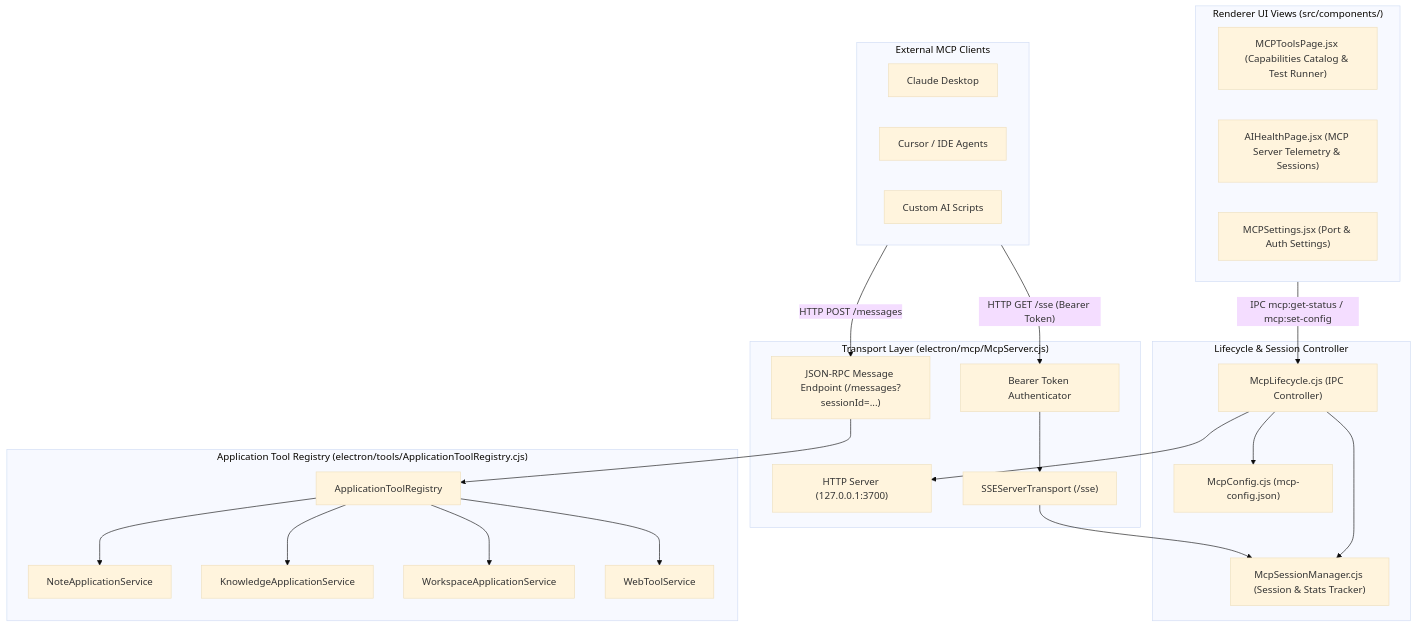
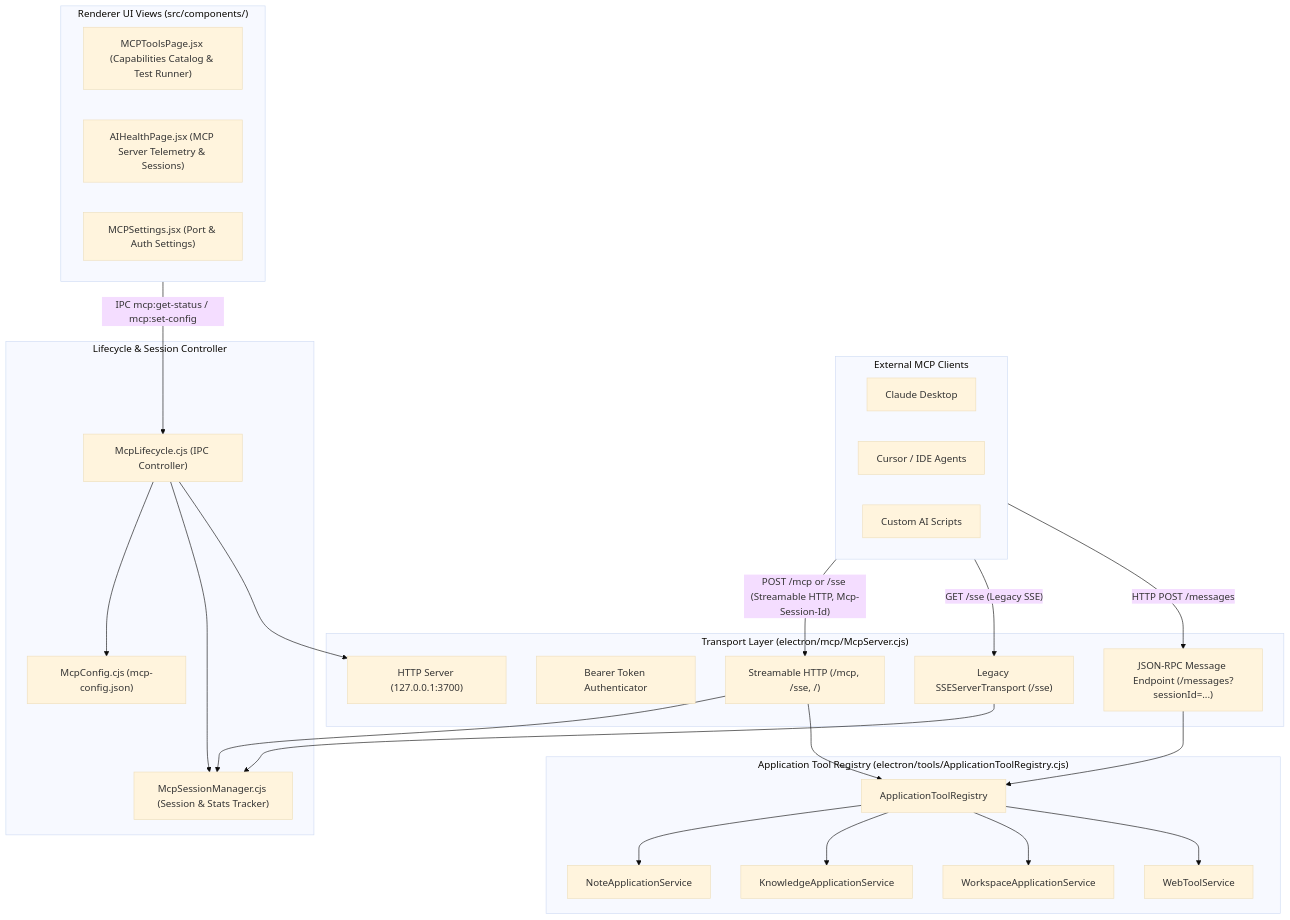
The diagram in docs/developer/mcp.md (TheNotelyApp/Notely), drawn with Mermaid (base theme) before and after one commit. The commit also changed other lines of this file and 5 other files, not shown here.

````diff
--- a/docs/developer/mcp.md
+++ b/docs/developer/mcp.md
@@ -16,42 +16,44 @@
 ```mermaid
 flowchart TD
     subgraph Clients ["External MCP Clients"]
         CD["Claude Desktop"] & CR["Cursor / IDE Agents"] & EXT["Custom AI Scripts"]
     end
 
     subgraph Transport ["Transport Layer (electron/mcp/McpServer.cjs)"]
         HTTP["HTTP Server (127.0.0.1:3700)"]
         AUTH["Bearer Token Authenticator"]
-        SSE["SSEServerTransport (/sse)"]
+        SHTTP["Streamable HTTP (/mcp, /sse, /)"]
+        SSE["Legacy SSEServerTransport (/sse)"]
         POST["JSON-RPC Message Endpoint (/messages?sessionId=...)"]
     end
 
     subgraph Management ["Lifecycle & Session Controller"]
         LC["McpLifecycle.cjs (IPC Controller)"]
         CFG["McpConfig.cjs (mcp-config.json)"]
         SM["McpSessionManager.cjs (Session & Stats Tracker)"]
     end
 
     subgraph Registry ["Application Tool Registry (electron/tools/ApplicationToolRegistry.cjs)"]
         ATR["ApplicationToolRegistry"]
         NTS["NoteApplicationService"]
         KNS["KnowledgeApplicationService"]
         WSS["WorkspaceApplicationService"]
         WBS["WebToolService"]
     end
 
     subgraph UILayer ["Renderer UI Views (src/components/)"]
         MTP["MCPToolsPage.jsx (Capabilities Catalog & Test Runner)"]
         AHP["AIHealthPage.jsx (MCP Server Telemetry & Sessions)"]
         MCS["MCPSettings.jsx (Port & Auth Settings)"]
     end
 
-    Clients -->|"HTTP GET /sse (Bearer Token)"| AUTH
-    AUTH --> SSE
+    Clients -->|"POST /mcp or /sse (Streamable HTTP, Mcp-Session-Id)"| SHTTP
+    Clients -->|"GET /sse (Legacy SSE)"| SSE
+    SHTTP --> SM & ATR
     SSE --> SM
     Clients -->|"HTTP POST /messages"| POST
     POST --> ATR
     ATR --> NTS & KNS & WSS & WBS
     LC --> CFG & SM & HTTP
     UILayer -->|"IPC mcp:get-status / mcp:set-config"| LC
 ```
````
